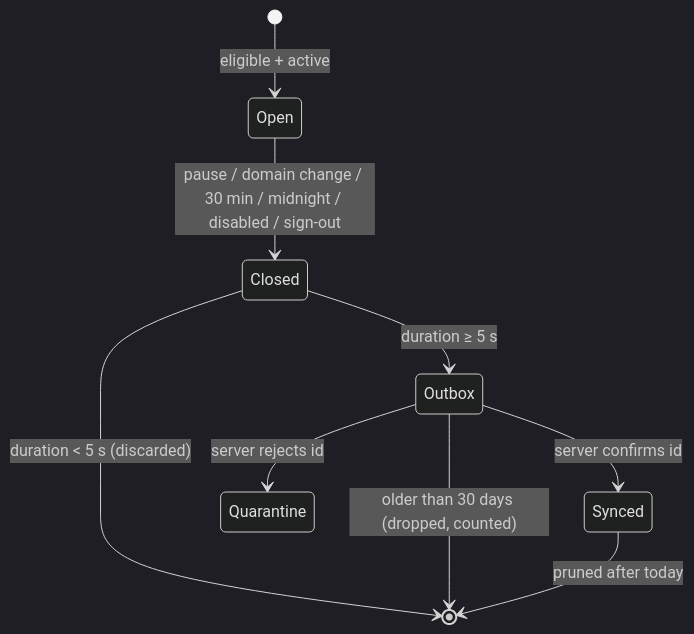
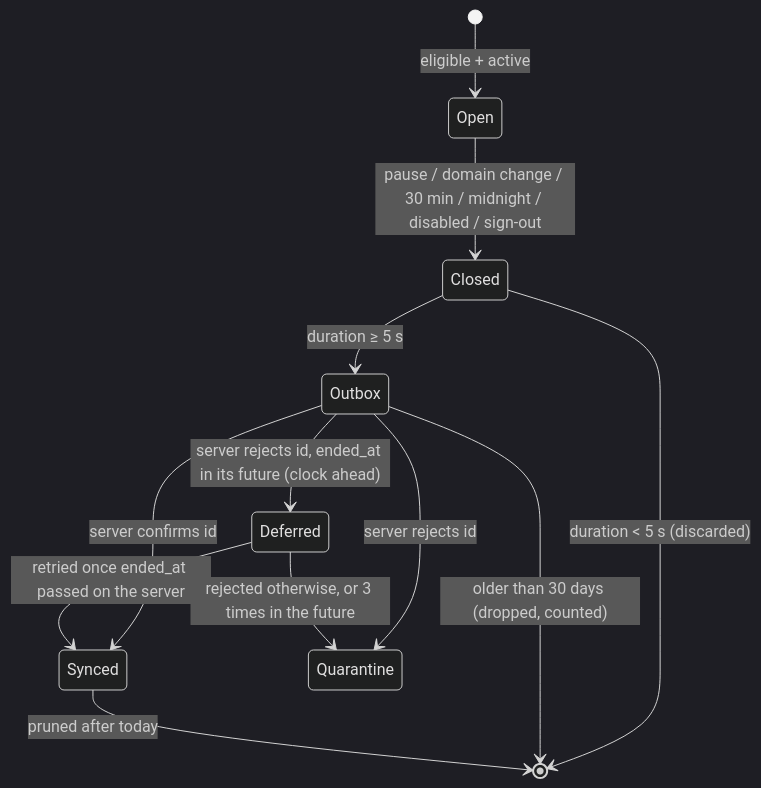
One commit to vbenedito/careeros changed the third of 4 diagrams in docs/architecture/extension.md. Above: the diagram before and after it, drawn with Mermaid (dark theme). The commit also changed other lines of this file and 41 other files, not shown here.

````diff
--- a/docs/architecture/extension.md
+++ b/docs/architecture/extension.md
@@ -77,11 +78,14 @@
 ```mermaid
 stateDiagram-v2
   [*] --> Open: eligible + active
   Open --> Closed: pause / domain change / 30 min / midnight / disabled / sign-out
   Closed --> Outbox: duration ≥ 5 s
   Closed --> [*]: duration < 5 s (discarded)
   Outbox --> Synced: server confirms id
   Outbox --> Quarantine: server rejects id
   Outbox --> [*]: older than 30 days (dropped, counted)
+  Outbox --> Deferred: server rejects id, ended_at in its future (clock ahead)
+  Deferred --> Synced: retried once ended_at passed on the server
+  Deferred --> Quarantine: rejected otherwise, or 3 times in the future
   Synced --> [*]: pruned after today
 ```
````
